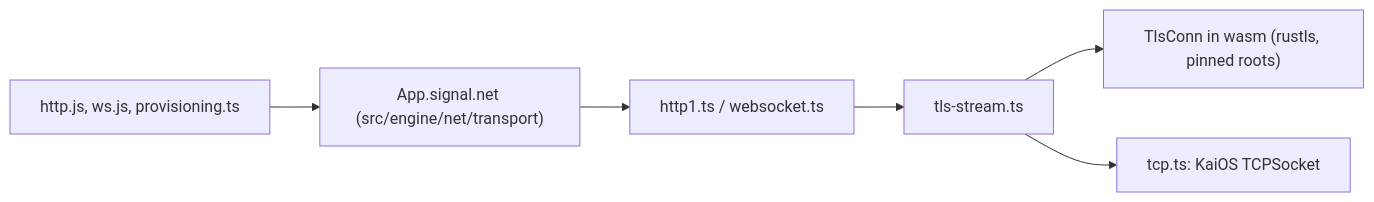
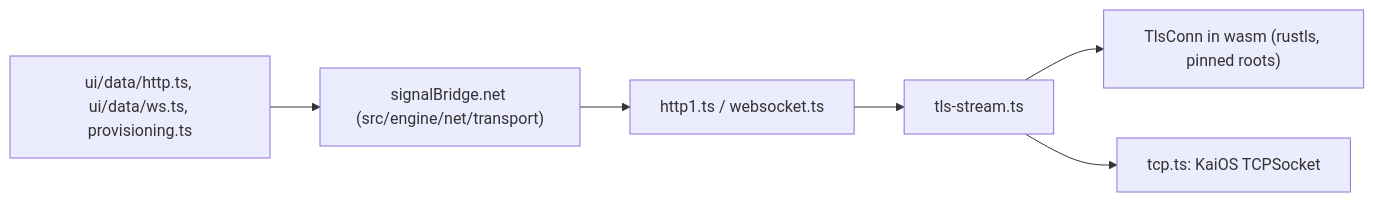
One commit to ambercaravalho/signal4kaios changed the second of 6 diagrams in docs/architecture.md. Above: the diagram before and after it, drawn with Mermaid. The commit also changed other lines of this file and 136 other files, not shown here.

````diff
--- a/docs/architecture.md
+++ b/docs/architecture.md
@@ -55,8 +56,8 @@
 ```mermaid
 flowchart LR
-  callers["http.js, ws.js, provisioning.ts"] --> net["App.signal.net (src/engine/net/transport)"]
+  callers["ui/data/http.ts, ui/data/ws.ts, provisioning.ts"] --> net["signalBridge.net (src/engine/net/transport)"]
   net --> h1["http1.ts / websocket.ts"]
   h1 --> tls["tls-stream.ts"]
   tls --> conn["TlsConn in wasm (rustls, pinned roots)"]
   tls --> tcp["tcp.ts: KaiOS TCPSocket"]
 ```
````
